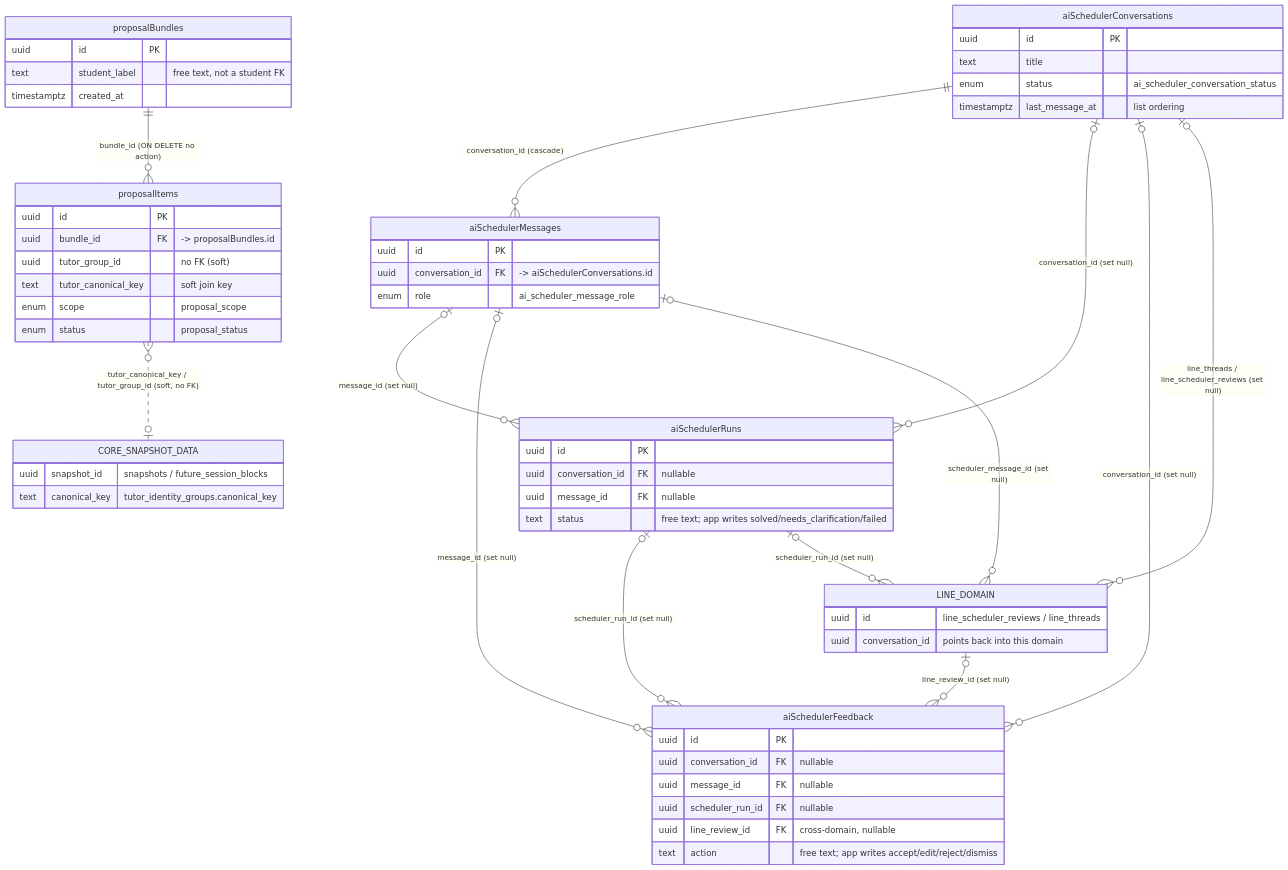
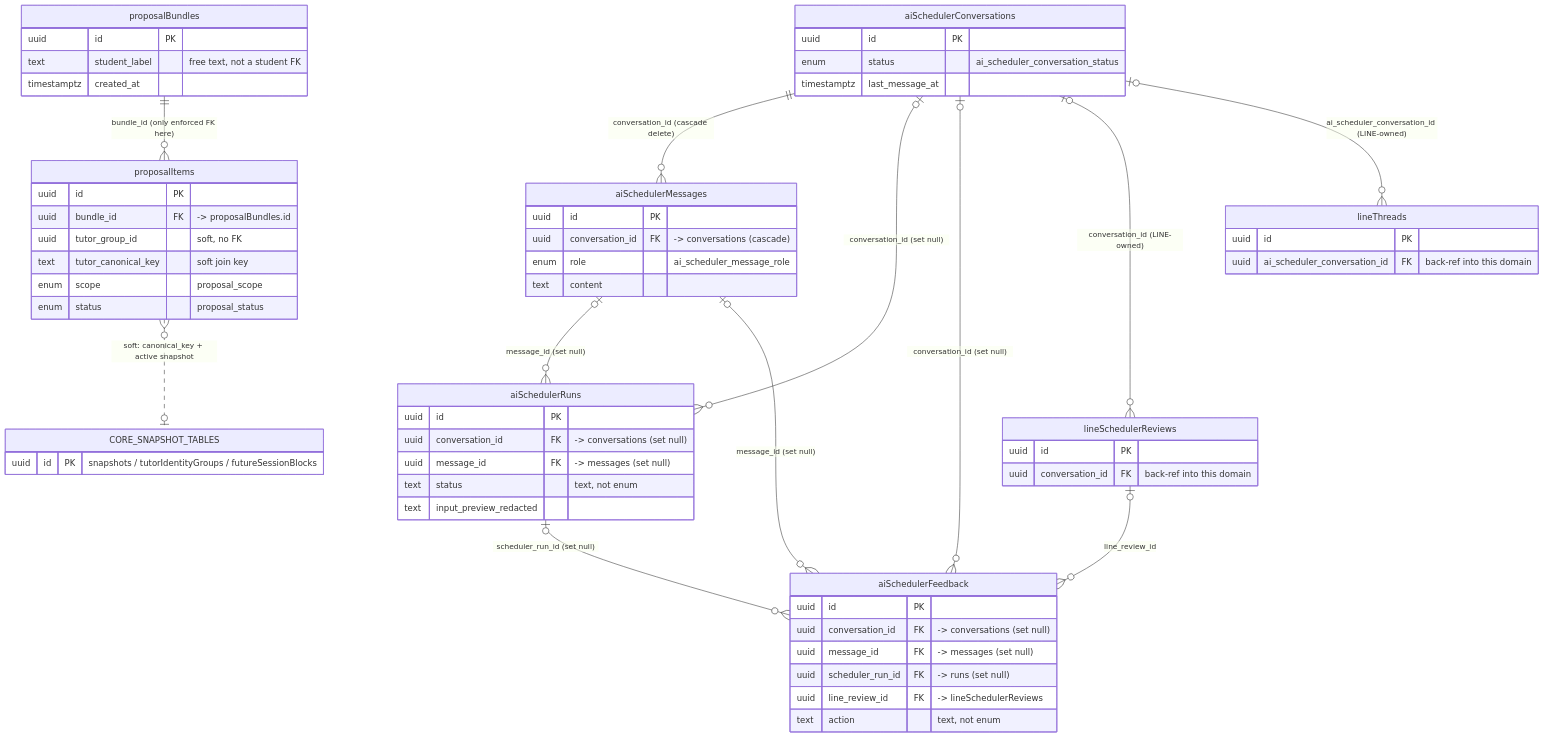
Before and after one commit to kasheesh711/bgscheduler: the diagram in docs/reference/database/erd-ai-and-proposals.md, drawn with Mermaid. The commit also changed other lines of this file and 95 other files, not shown here.

````diff
--- a/docs/reference/database/erd-ai-and-proposals.md
+++ b/docs/reference/database/erd-ai-and-proposals.md
@@ -24,71 +43,75 @@
 ```mermaid
 erDiagram
     proposalBundles {
         uuid id PK
         text student_label "free text, not a student FK"
         timestamptz created_at
     }
 
     proposalItems {
         uuid id PK
         uuid bundle_id FK "-> proposalBundles.id"
-        uuid tutor_group_id "no FK (soft)"
+        uuid tutor_group_id "soft, no FK"
         text tutor_canonical_key "soft join key"
         enum scope "proposal_scope"
         enum status "proposal_status"
     }
 
     aiSchedulerConversations {
         uuid id PK
-        text title
         enum status "ai_scheduler_conversation_status"
-        timestamptz last_message_at "list ordering"
+        timestamptz last_message_at
     }
 
     aiSchedulerMessages {
         uuid id PK
-        uuid conversation_id FK "-> aiSchedulerConversations.id"
+        uuid conversation_id FK "-> conversations (cascade)"
         enum role "ai_scheduler_message_role"
+        text content
     }
 
     aiSchedulerRuns {
         uuid id PK
-        uuid conversation_id FK "nullable"
-        uuid message_id FK "nullable"
-        text status "free text; app writes solved/needs_clarification/failed"
+        uuid conversation_id FK "-> conversations (set null)"
+        uuid message_id FK "-> messages (set null)"
+        text status "text, not enum"
+        text input_preview_redacted
     }
 
     aiSchedulerFeedback {
         uuid id PK
-        uuid conversation_id FK "nullable"
-        uuid message_id FK "nullable"
-        uuid scheduler_run_id FK "nullable"
-        uuid line_review_id FK "cross-domain, nullable"
-        text action "free text; app writes accept/edit/reject/dismiss"
+        uuid conversation_id FK "-> conversations (set null)"
+        uuid message_id FK "-> messages (set null)"
+        uuid scheduler_run_id FK "-> runs (set null)"
+        uuid line_review_id FK "-> lineSchedulerReviews"
+        text action "text, not enum"
     }
 
-    LINE_DOMAIN {
-        uuid id "line_scheduler_reviews / line_threads"
-        uuid conversation_id "points back into this domain"
+    lineSchedulerReviews {
+        uuid id PK
+        uuid conversation_id FK "back-ref into this domain"
     }
 
-    CORE_SNAPSHOT_DATA {
-        uuid snapshot_id "snapshots / future_session_blocks"
-        text canonical_key "tutor_identity_groups.canonical_key"
+    lineThreads {
+        uuid id PK
+        uuid ai_scheduler_conversation_id FK "back-ref into this domain"
     }
 
-    proposalBundles ||--o{ proposalItems : "bundle_id (ON DELETE no action)"
-    proposalItems }o..o| CORE_SNAPSHOT_DATA : "tutor_canonical_key / tutor_group_id (soft, no FK)"
+    CORE_SNAPSHOT_TABLES {
+        uuid id PK "snapshots / tutorIdentityGroups / futureSessionBlocks"
+    }
 
-    aiSchedulerConversations ||--o{ aiSchedulerMessages : "conversation_id (cascade)"
+    proposalBundles ||--o{ proposalItems : "bundle_id (only enforced FK here)"
+    proposalItems }o..o| CORE_SNAPSHOT_TABLES : "soft: canonical_key + active snapshot"
+
+    aiSchedulerConversations ||--o{ aiSchedulerMessages : "conversation_id (cascade delete)"
     aiSchedulerConversations |o--o{ aiSchedulerRuns : "conversation_id (set null)"
     aiSchedulerMessages |o--o{ aiSchedulerRuns : "message_id (set null)"
     aiSchedulerConversations |o--o{ aiSchedulerFeedback : "conversation_id (set null)"
     aiSchedulerMessages |o--o{ aiSchedulerFeedback : "message_id (set null)"
     aiSchedulerRuns |o--o{ aiSchedulerFeedback : "scheduler_run_id (set null)"
 
-    LINE_DOMAIN |o--o{ aiSchedulerFeedback : "line_review_id (set null)"
-    aiSchedulerConversations |o--o{ LINE_DOMAIN : "line_threads / line_scheduler_reviews (set null)"
-    aiSchedulerMessages |o--o{ LINE_DOMAIN : "scheduler_message_id (set null)"
-    aiSchedulerRuns |o--o{ LINE_DOMAIN : "scheduler_run_id (set null)"
+    lineSchedulerReviews |o--o{ aiSchedulerFeedback : "line_review_id"
+    aiSchedulerConversations |o--o{ lineSchedulerReviews : "conversation_id (LINE-owned)"
+    aiSchedulerConversations |o--o{ lineThreads : "ai_scheduler_conversation_id (LINE-owned)"
 ```
````
